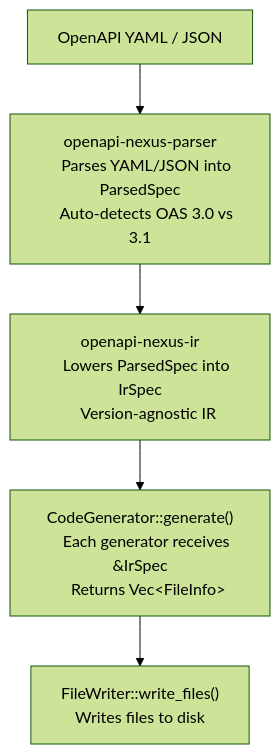
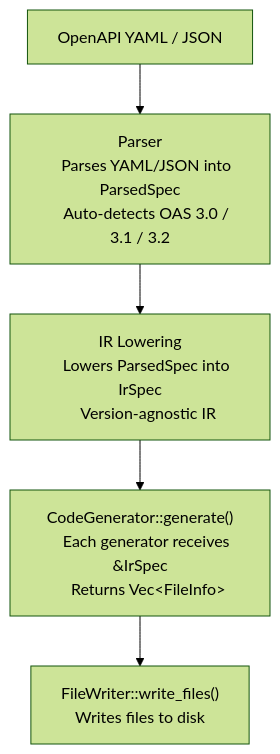
The diagram in docs/src/architecture.md (rust-codegen-group/openapi-nexus), drawn with Mermaid (forest theme) before and after one commit. The commit also changed other lines of this file and 11 other files, not shown here.

````diff
--- a/docs/src/architecture.md
+++ b/docs/src/architecture.md
@@ -5,25 +5,25 @@
 ```mermaid
 flowchart TD
     A["OpenAPI YAML / JSON"] --> B
 
-    B["openapi-nexus-parser
+    B["Parser
     Parses YAML/JSON into ParsedSpec
-    Auto-detects OAS 3.0 vs 3.1"]
+    Auto-detects OAS 3.0 / 3.1 / 3.2"]
 
     B --> C
 
-    C["openapi-nexus-ir
+    C["IR Lowering
     Lowers ParsedSpec into IrSpec
     Version-agnostic IR"]
 
     C --> D
 
     D["CodeGenerator::generate()
     Each generator receives &IrSpec
     Returns Vec&lt;FileInfo&gt;"]
 
     D --> E
 
     E["FileWriter::write_files()
     Writes files to disk"]
 ```
````
